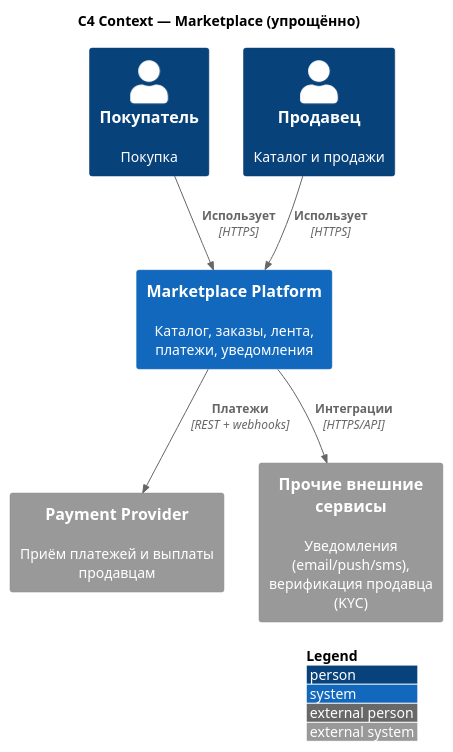
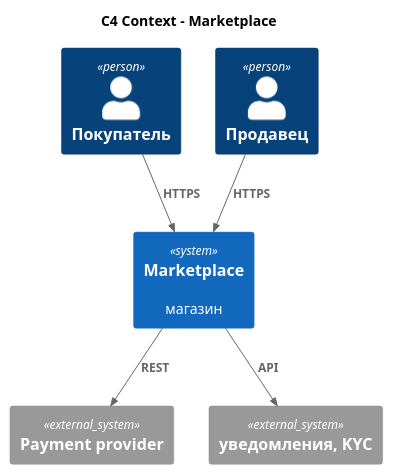
One commit to DaryaAndryeva/hw-1-Marketplace changed the diagram in diagrams/c4-context.puml. Above: the diagram before and after it, drawn with PlantUML. The commit also changed 5 other files, not shown here.

```diff
--- a/diagrams/c4-context.puml
+++ b/diagrams/c4-context.puml
@@ -1,21 +1,19 @@
 @startuml C4-Context-Marketplace
 !include https://raw.githubusercontent.com/plantuml-stdlib/C4-PlantUML/master/C4_Context.puml
 
-LAYOUT_WITH_LEGEND()
+title C4 Context - Marketplace
 
-title C4 Context — Marketplace (упрощённо)
+Person(buyer, "Покупатель")
+Person(seller, "Продавец")
 
-Person(buyer,  "Покупатель", "Покупка")
-Person(seller, "Продавец", "Каталог и продажи")
+System(marketplace, "Marketplace", "магазин")
 
-System(marketplace, "Marketplace Platform", "Каталог, заказы, лента, платежи, уведомления")
+System_Ext(psp, "Payment provider")
+System_Ext(ext, "уведомления, KYC", "")
 
-System_Ext(psp, "Payment Provider", "Приём платежей и выплаты продавцам")
-System_Ext(ext, "Прочие внешние сервисы", "Уведомления (email/push/sms),\nверификация продавца (KYC)")
-
-Rel(buyer, marketplace, "Использует", "HTTPS")
-Rel(seller, marketplace, "Использует", "HTTPS")
-Rel(marketplace, psp, "Платежи", "REST + webhooks")
-Rel(marketplace, ext, "Интеграции", "HTTPS/API")
+Rel(buyer, marketplace, "HTTPS")
+Rel(seller, marketplace, "HTTPS")
+Rel(marketplace, psp, "REST")
+Rel(marketplace, ext, "API")
 
 @enduml
```
